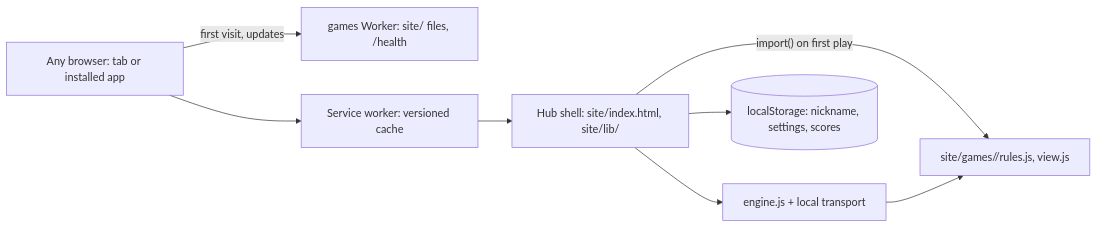
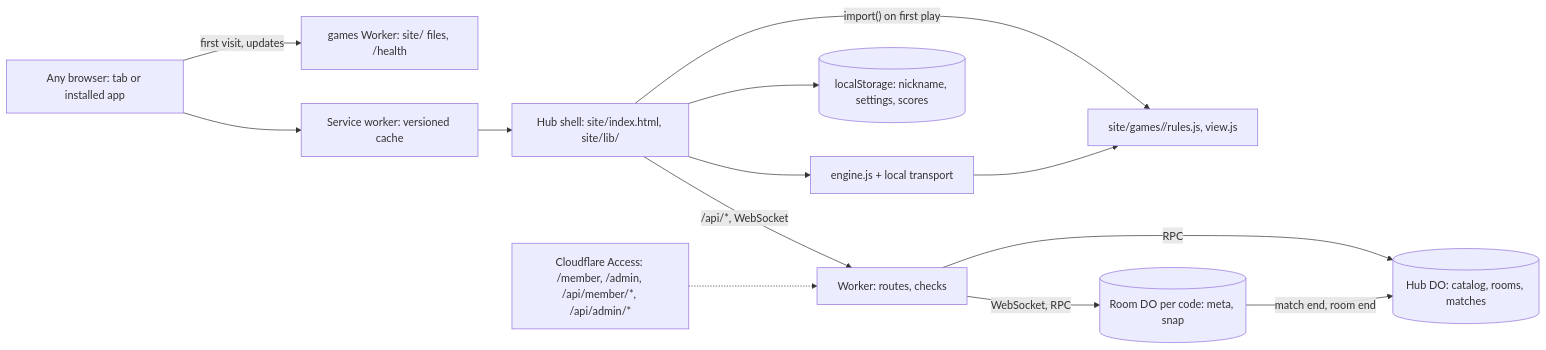
Before and after one commit to aayush-t-apps/games: the diagram in docs/spec.md, drawn with Mermaid. The commit also changed other lines of this file and 8 other files, not shown here.

````diff
--- a/docs/spec.md
+++ b/docs/spec.md
@@ -92,10 +161,15 @@
 ```mermaid
 flowchart LR
   Device["Any browser: tab or installed app"] -- "first visit, updates" --> W["games Worker: site/ files, /health"]
   Device --> SW["Service worker: versioned cache"]
   SW --> Hub["Hub shell: site/index.html, site/lib/"]
   Hub -- "import() on first play" --> Game["site/games/<id>/rules.js, view.js"]
   Hub --> Engine["engine.js + local transport"]
   Engine --> Game
   Hub --> LS[("localStorage: nickname, settings, scores")]
+  Hub -- "/api/*, WebSocket" --> API["Worker: routes, checks"]
+  Access["Cloudflare Access: /member, /admin, /api/member/*, /api/admin/*"] -.-> API
+  API -- "RPC" --> HubDO[("Hub DO: catalog, rooms, matches")]
+  API -- "WebSocket, RPC" --> Room[("Room DO per code: meta, snap")]
+  Room -- "match end, room end" --> HubDO
 ```
````
